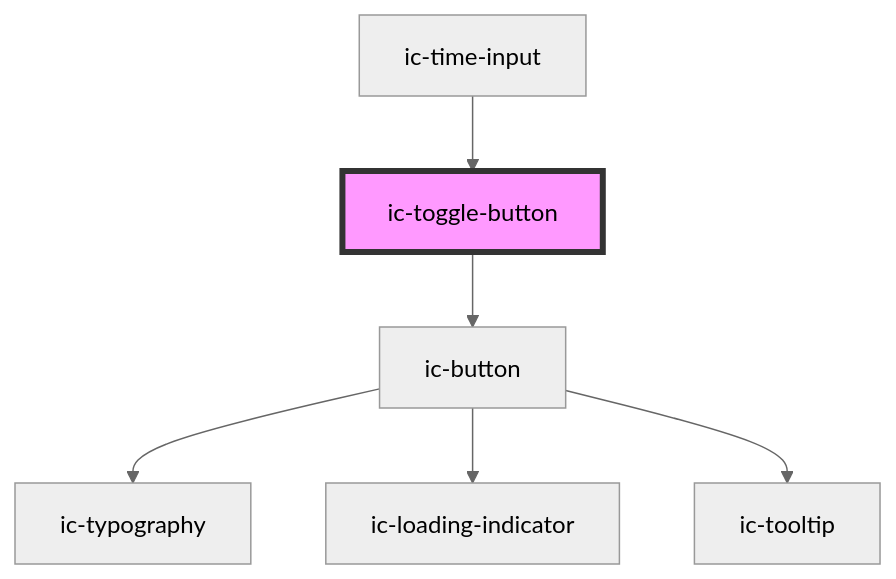
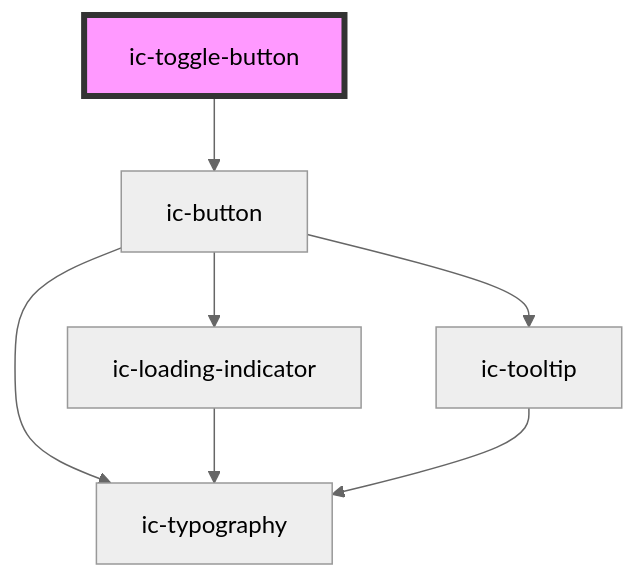
The diagram in packages/web-components/src/components/ic-toggle-button/readme.md (mi6/ic-ui-kit), drawn with Mermaid (neutral theme) before and after one commit. The commit also changed other lines of this file and 134 other files, not shown here.

````diff
--- a/packages/web-components/src/components/ic-toggle-button/readme.md
+++ b/packages/web-components/src/components/ic-toggle-button/readme.md
@@ -55,9 +49,10 @@
 ```mermaid
 graph TD;
   ic-toggle-button --> ic-button
-  ic-time-input --> ic-toggle-button
   ic-button --> ic-typography
   ic-button --> ic-loading-indicator
   ic-button --> ic-tooltip
+  ic-loading-indicator --> ic-typography
+  ic-tooltip --> ic-typography
   style ic-toggle-button fill:#f9f,stroke:#333,stroke-width:4px
 ```
````
